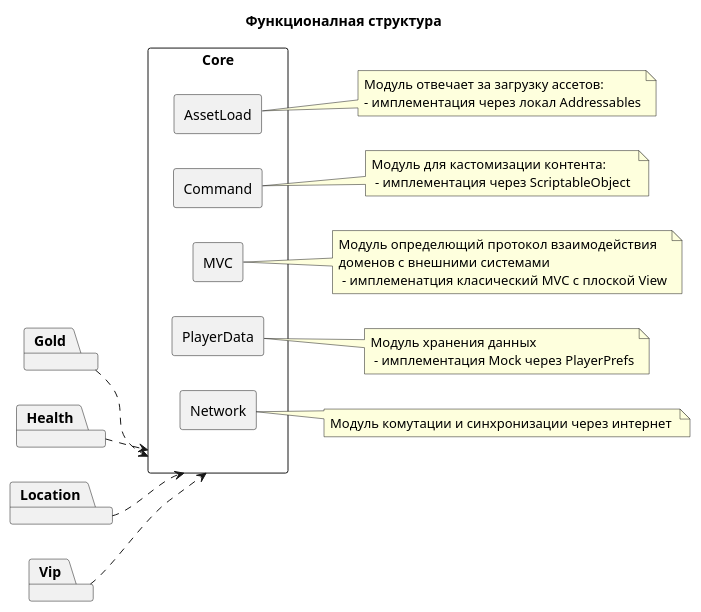
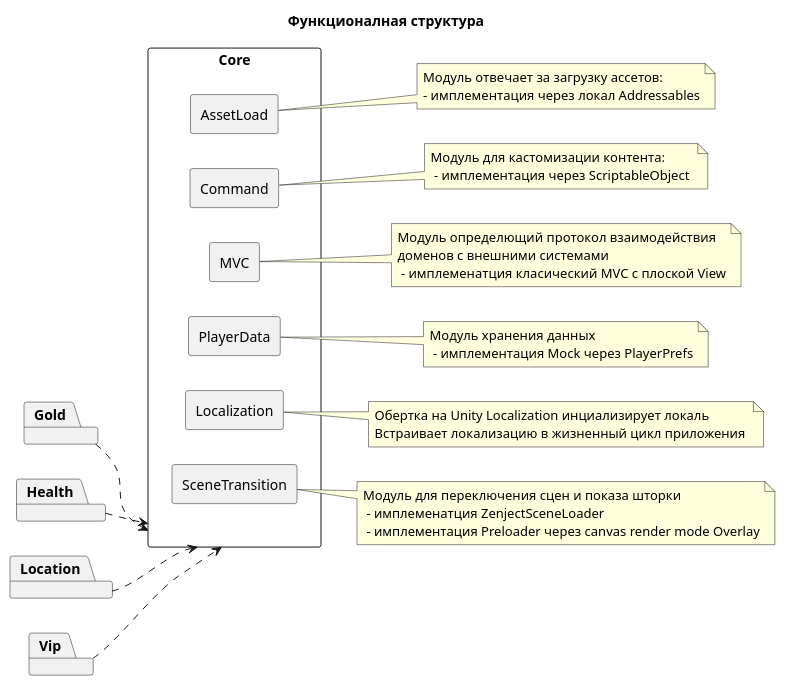
One commit to AtlasBalancer/MvcShop changed the diagram in Assets/Project/Doc/FunctionalStructure.puml. Above: the diagram before and after it, drawn with PlantUML.

Commit message:
doc(Uml): Update core

```diff
--- a/Assets/Project/Doc/FunctionalStructure.puml
+++ b/Assets/Project/Doc/FunctionalStructure.puml
@@ -1,50 +1,58 @@
 @startuml
 title Функционалная структура
 skinparam componentStyle rectangle
 skinparam packageStyle rectangle
 left to right direction
 
 package "Core" as Core {
   [AssetLoad] as al
   [Command] as command
   [MVC] as mvc
   [PlayerData] as pd
-  [Network] as net
+  [Localization] as local
+  [SceneTransition] as st
 }
 
 package "Gold" as Gold
 package "Health" as Health
 package "Location" as Location
 package "Vip" as Vip
 
 Gold ..> Core 
 Health ..> Core 
 Location ..> Core 
 Vip ..> Core 
 
 note right of al
 Модуль отвечает за загрузку ассетов:
 - имплементация через локал Addressables
 end note
 
 note right of command
 Модуль для кастомизации контента:
  - имплементация через ScriptableObject 
 end note
 
 note right of mvc
 Модуль определющий протокол взаимодействия
 доменов с внешними системами
  - имплеменатция класический MVC с плоской View
 end note 
 
 note right of pd
 Модуль хранения данных
  - имплементация Мock через PlayerPrefs
 end note
 
-note right of net
-Модуль комутации и синхронизации через интернет 
+note right of local
+Обертка на Unity Localization инциализирует локаль
+Встраивает локализацию в жизненный цикл приложения 
+end note
+
+note right of st
+Модуль для переключения сцен и показа шторки
+ - имплеменатция ZenjectSceneLoader
+ - имплементация Preloader через canvas render mode Overlay
 end note
 
 @enduml
```
